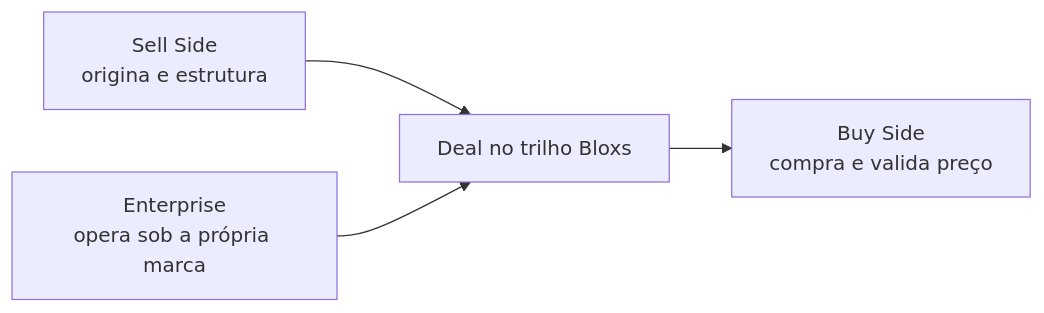
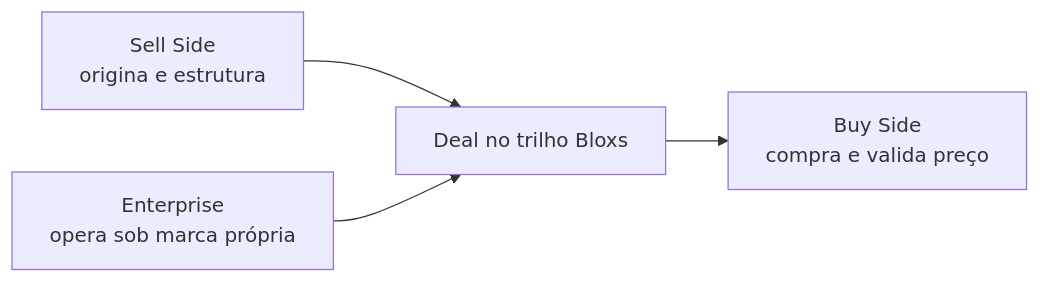
One commit to felipesouto-rgb/docs changed the diagram in quem-somos/ecossistema/visao-geral.mdx. Above: the diagram before and after it, drawn with Mermaid. The commit also changed other lines of this file and 2 other files, not shown here.

First line of the commit message:
Opera\u00e7\u00e3o consolidada em 7 grupos; KPIs de Account e Diagn\u00f3stico recriados

````diff
--- a/quem-somos/ecossistema/visao-geral.mdx
+++ b/quem-somos/ecossistema/visao-geral.mdx
@@ -22,6 +40,6 @@
 ```mermaid
 flowchart LR
   S[Sell Side<br/>origina e estrutura] --> D[Deal no trilho Bloxs]
   D --> B[Buy Side<br/>compra e valida preço]
-  E[Enterprise<br/>opera sob a própria marca] --> D
+  E[Enterprise<br/>opera sob marca própria] --> D
 ```
````
